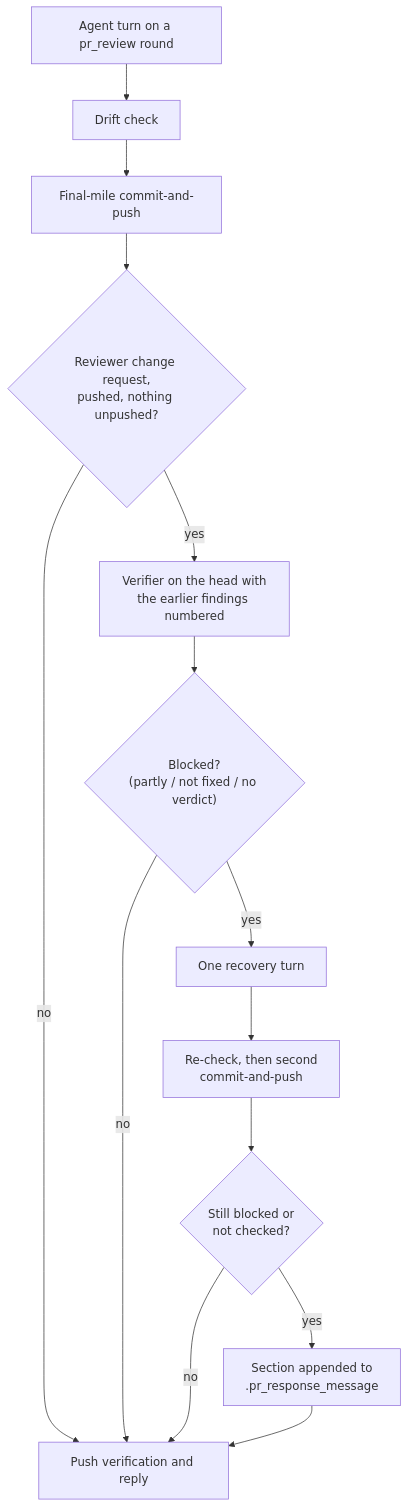
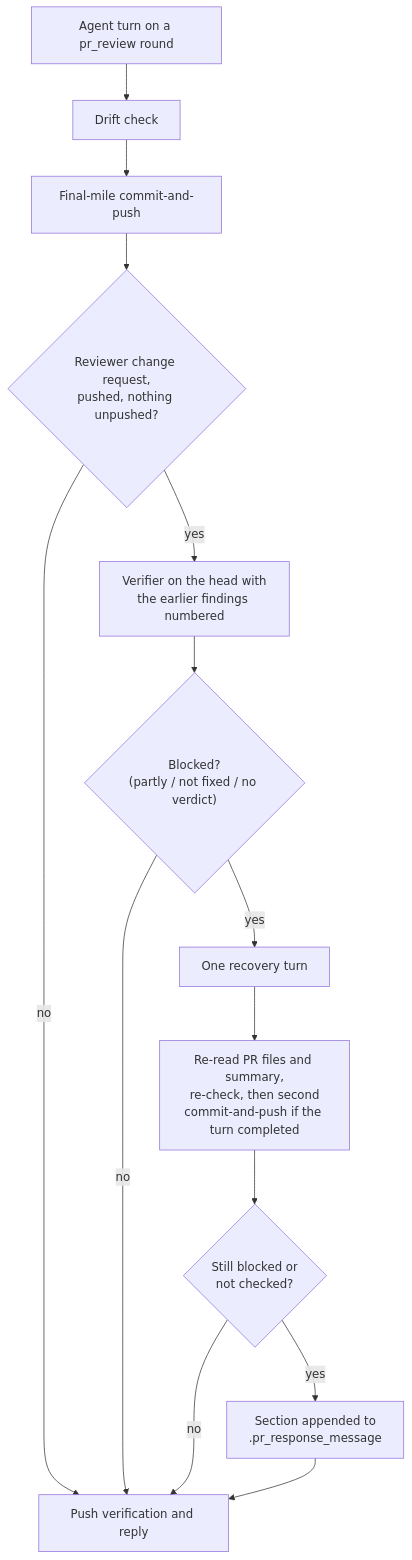
The diagram in docs/archive/pr-summaries/pr-summary-3784.md (stSoftwareAU/VibeCoder), drawn with Mermaid before and after one commit. The commit also changed other lines of this file and 6 other files, not shown here.

First line of the commit message:
Re-read the PR summary before the review-fix re-check; pin the wiring (Issue #3784)

````diff
--- a/docs/archive/pr-summaries/pr-summary-3784.md
+++ b/docs/archive/pr-summaries/pr-summary-3784.md
@@ -28,16 +28,16 @@
 ```mermaid
 flowchart TD
     A["Agent turn on a pr_review round"] --> B["Drift check"]
     B --> C["Final-mile commit-and-push"]
     C --> D{"Reviewer change request,<br/>pushed, nothing unpushed?"}
     D -- no --> V["Push verification and reply"]
     D -- yes --> E["Verifier on the head with<br/>the earlier findings numbered"]
     E --> F{"Blocked?<br/>(partly / not fixed / no verdict)"}
     F -- no --> V
     F -- yes --> R["One recovery turn"]
-    R --> G["Re-check, then second<br/>commit-and-push"]
+    R --> G["Re-read PR files and summary,<br/>re-check, then second<br/>commit-and-push if the turn completed"]
     G --> H{"Still blocked or<br/>not checked?"}
     H -- no --> V
     H -- yes --> N["Section appended to<br/>.pr_response_message"]
     N --> V
 ```
````
